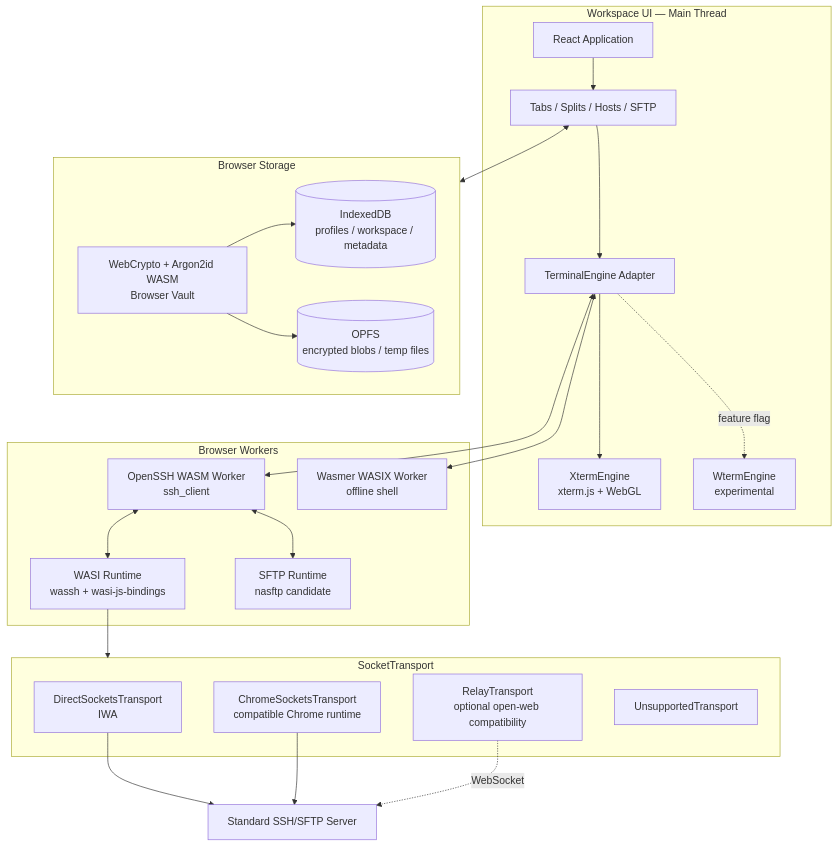
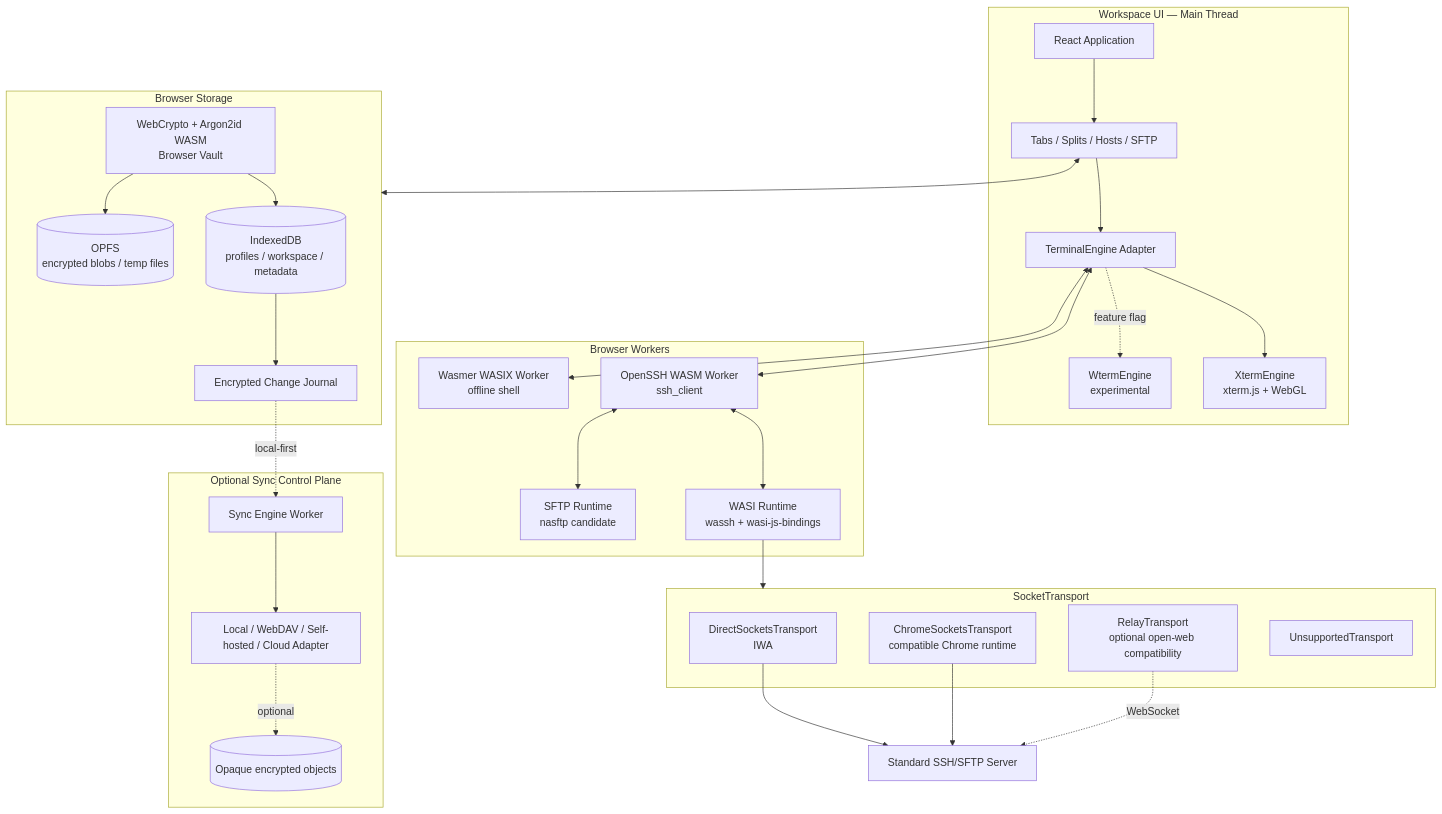
One commit to tianrking/oh_myssh changed the first of 2 diagrams in docs/ARCHITECTURE_AND_ROADMAP.md. Above: the diagram before and after it, drawn with Mermaid. The commit also changed other lines of this file and 5 other files, not shown here.

````diff
--- a/docs/ARCHITECTURE_AND_ROADMAP.md
+++ b/docs/ARCHITECTURE_AND_ROADMAP.md
@@ -49,46 +57,57 @@
 ```mermaid
 flowchart TB
   subgraph UI["Workspace UI — Main Thread"]
     APP["React Application"]
     WORK["Tabs / Splits / Hosts / SFTP"]
     TAD["TerminalEngine Adapter"]
     XTERM["XtermEngine<br/>xterm.js + WebGL"]
     WTERM["WtermEngine<br/>experimental"]
     APP --> WORK
     WORK --> TAD
     TAD --> XTERM
     TAD -. feature flag .-> WTERM
   end
 
   subgraph Workers["Browser Workers"]
     SSH["OpenSSH WASM Worker<br/>ssh_client"]
     WASSH["WASI Runtime<br/>wassh + wasi-js-bindings"]
     SFTP["SFTP Runtime<br/>nasftp candidate"]
     WASIX["Wasmer WASIX Worker<br/>offline shell"]
     SSH <--> WASSH
     SSH <--> SFTP
   end
 
   subgraph SocketLayer["SocketTransport"]
     DIRECT["DirectSocketsTransport<br/>IWA"]
     CHROME["ChromeSocketsTransport<br/>compatible Chrome runtime"]
     RELAY["RelayTransport<br/>optional open-web compatibility"]
     UNSUP["UnsupportedTransport"]
   end
 
   subgraph Storage["Browser Storage"]
     DB[("IndexedDB<br/>profiles / workspace / metadata")]
     OPFS[("OPFS<br/>encrypted blobs / temp files")]
     CRYPTO["WebCrypto + Argon2id WASM<br/>Browser Vault"]
+    JOURNAL["Encrypted Change Journal"]
+  end
+
+  subgraph OptionalSync["Optional Sync Control Plane"]
+    SYNC["Sync Engine Worker"]
+    PROVIDER["Local / WebDAV / Self-hosted / Cloud Adapter"]
+    REMOTE[("Opaque encrypted objects")]
+    SYNC --> PROVIDER
+    PROVIDER -. optional .-> REMOTE
   end
 
   TAD <--> SSH
   TAD <--> WASIX
   WASSH --> SocketLayer
   WORK <--> Storage
   CRYPTO --> DB
   CRYPTO --> OPFS
+  DB --> JOURNAL
+  JOURNAL -. local-first .-> SYNC
   DIRECT --> HOST["Standard SSH/SFTP Server"]
   CHROME --> HOST
   RELAY -. WebSocket .-> HOST
 ```
````
